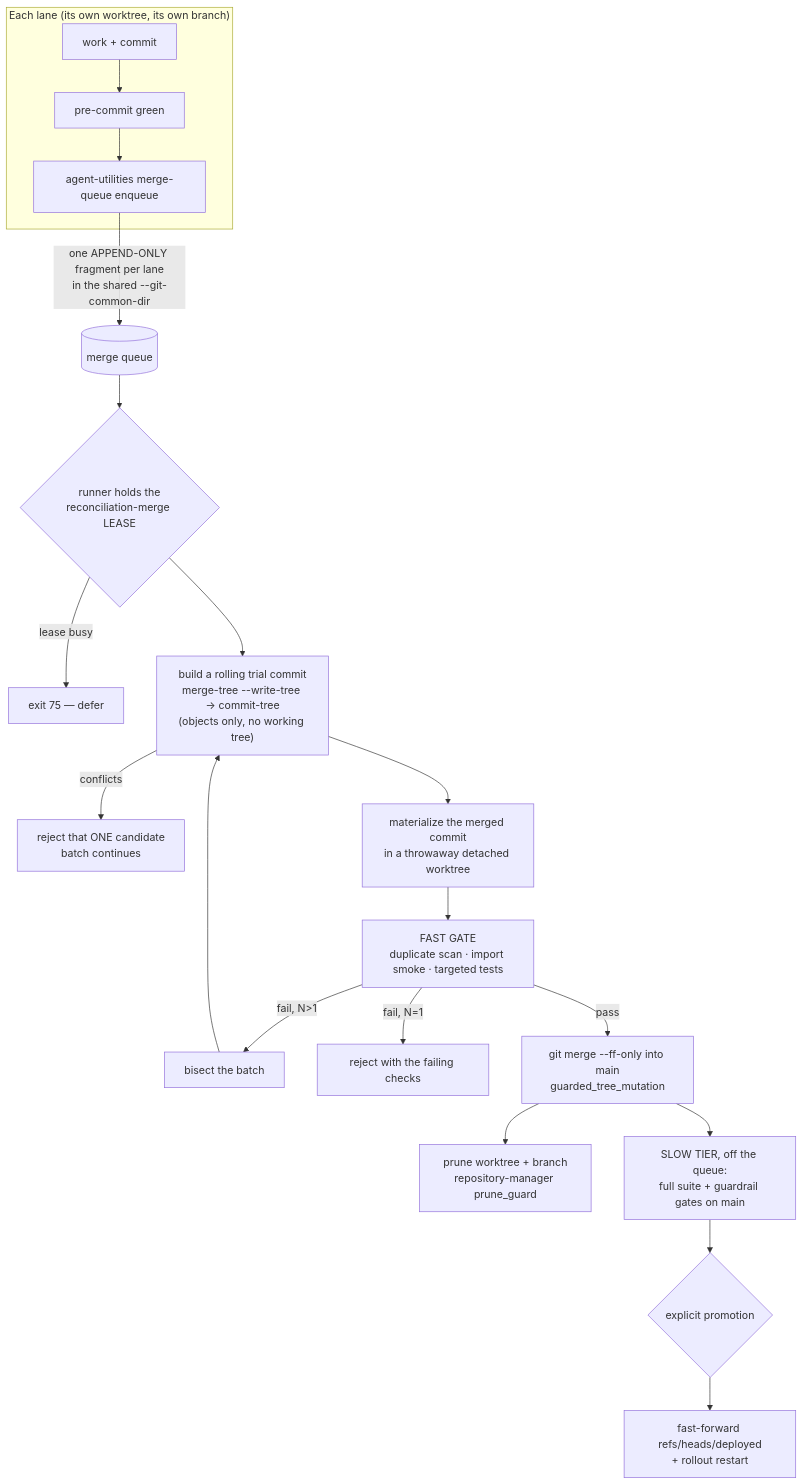
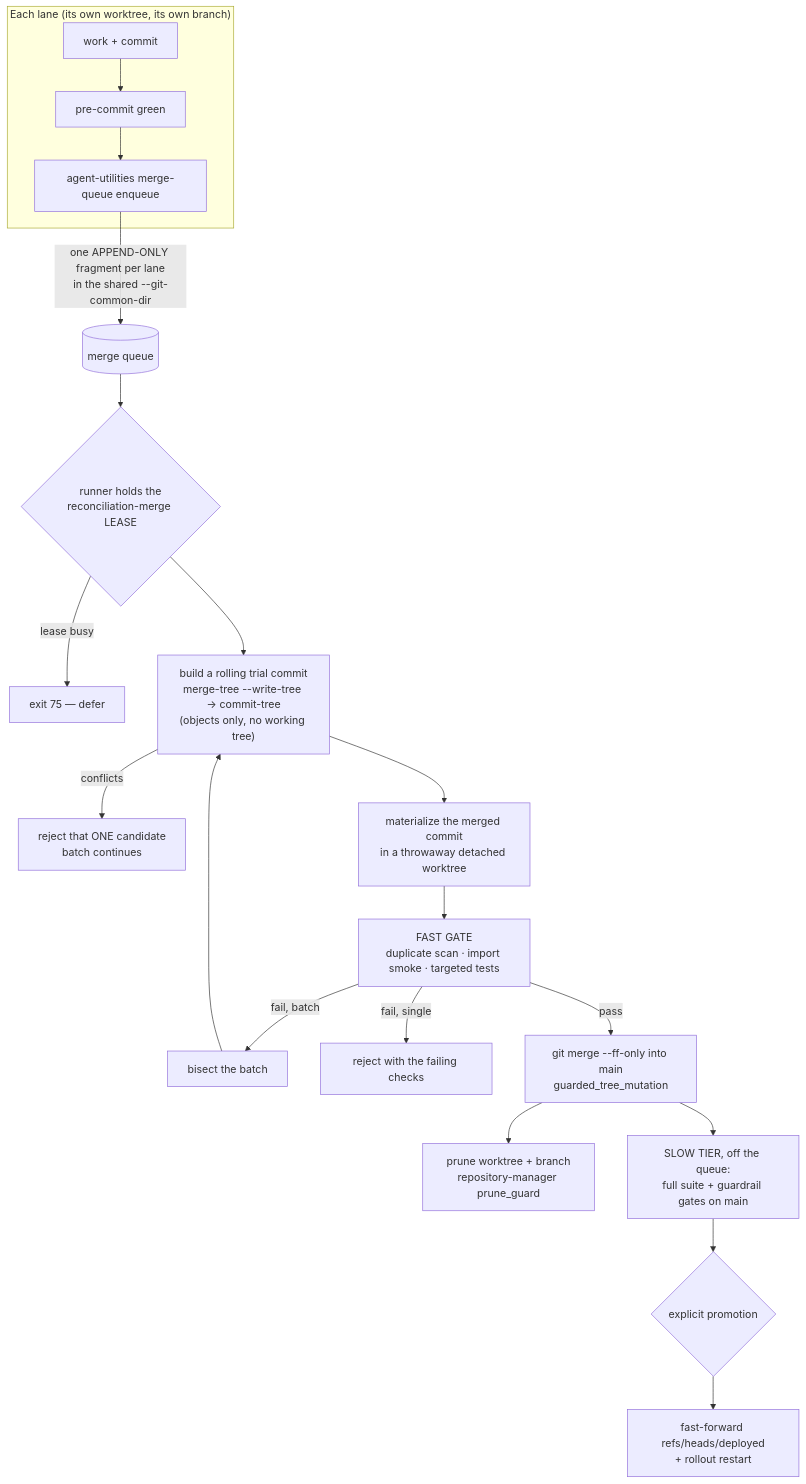
One commit to Knuckles-Team/agent-utilities changed the diagram in docs/architecture/merge-queue.md. Above: the diagram before and after it, drawn with Mermaid. The commit also changed 1 other file, not shown here.

Commit message:
style(governance): ruff-format reflow; fix two false-positive-shaped gate trips
check-identifier-interpolation flagged a prose message containing the bare word
MERGE next to an interpolation (a false positive the gate cannot distinguish);
rewritten rather than guarded or suppressed, per the gate's own documented
precedent. check-mermaid's parser cannot handle '>' inside an edge label.

Gates run individually and green on the changed files: ruff-check, ruff-format,
check-ast, trailing-whitespace, end-of-file-fixer, check-yaml,
check-merge-conflict, codespell, bandit, vulture, check-stubs, lane-guard,
check-swallowed-errors, check-cli-help, check-identifier-interpolation,
check-mermaid, check-concepts, check-sprawl, check-no-stub.

````diff
--- a/docs/architecture/merge-queue.md
+++ b/docs/architecture/merge-queue.md
@@ -52,20 +52,21 @@
 ```mermaid
 flowchart TD
     subgraph lane["Each lane (its own worktree, its own branch)"]
         W[work + commit] --> P[pre-commit green] --> E["agent-utilities merge-queue enqueue"]
     end
     E -->|"one APPEND-ONLY fragment per lane<br/>in the shared --git-common-dir"| Q[(merge queue)]
     Q --> R{"runner holds the<br/>reconciliation-merge LEASE"}
     R -->|lease busy| D[exit 75 — defer]
     R --> B["build a rolling trial commit<br/>merge-tree --write-tree → commit-tree<br/>(objects only, no working tree)"]
     B -->|conflicts| RJ1["reject that ONE candidate<br/>batch continues"]
     B --> M["materialize the merged commit<br/>in a throwaway detached worktree"]
     M --> G["FAST GATE<br/>duplicate scan · import smoke · targeted tests"]
-    G -->|fail, N>1| BI["bisect the batch"] --> B
-    G -->|fail, N=1| RJ2["reject with the failing checks"]
+    G -->|fail, batch| BI["bisect the batch"]
+    BI --> B
+    G -->|fail, single| RJ2["reject with the failing checks"]
     G -->|pass| L["git merge --ff-only into main<br/>guarded_tree_mutation"]
     L --> PR["prune worktree + branch<br/>repository-manager prune_guard"]
     L --> S["SLOW TIER, off the queue:<br/>full suite + guardrail gates on main"]
     S --> PROM{"explicit promotion"}
     PROM --> DEP["fast-forward refs/heads/deployed<br/>+ rollout restart"]
 ```
````
